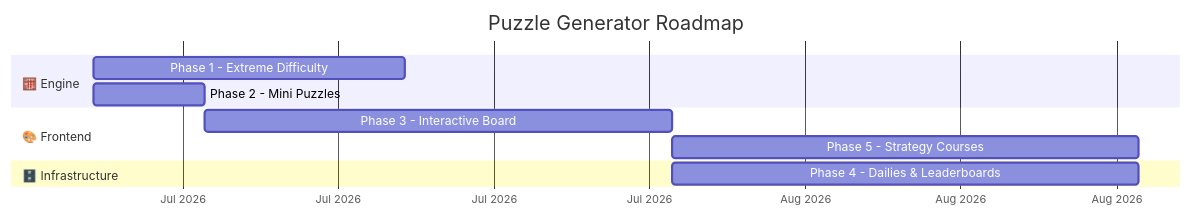
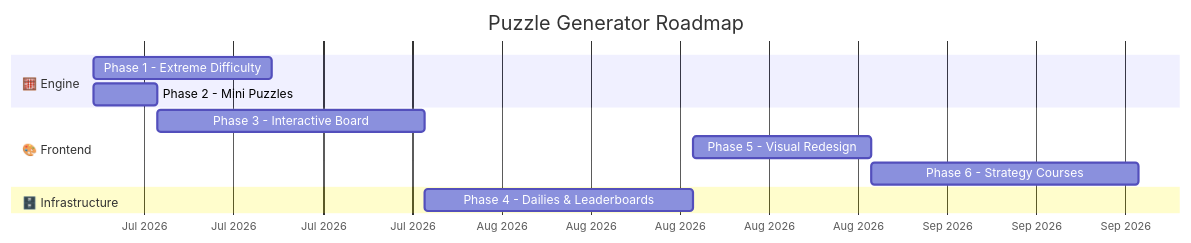
Before and after one commit to zfert99/Puzzle-Generator: the third of 4 diagrams in Docs/roadmap.md, drawn with Mermaid. The commit also changed other lines of this file and 1 other file, not shown here.

First line of the commit message:
Docs: make Visual Redesign the next phase (Phase 5); bump Strategy Courses to Phase 6

````diff
--- a/Docs/roadmap.md
+++ b/Docs/roadmap.md
@@ -386,17 +418,18 @@
 ```mermaid
 gantt
     title Puzzle Generator Roadmap
     dateFormat YYYY-MM-DD
     axisFormat %b %Y
 
     section 🧮 Engine
     Phase 1 - Extreme Difficulty        :p1, 2026-07-01, 14d
     Phase 2 - Mini Puzzles              :p2, 2026-07-01, 5d
 
     section 🎨 Frontend
     Phase 3 - Interactive Board         :p3, after p2, 21d
-    Phase 5 - Strategy Courses          :p5, after p3, 21d
+    Phase 5 - Visual Redesign           :p5, after p4, 14d
+    Phase 6 - Strategy Courses          :p6, after p5, 21d
 
     section 🗄️ Infrastructure
     Phase 4 - Dailies & Leaderboards    :p4, after p3, 21d
 ```
````
